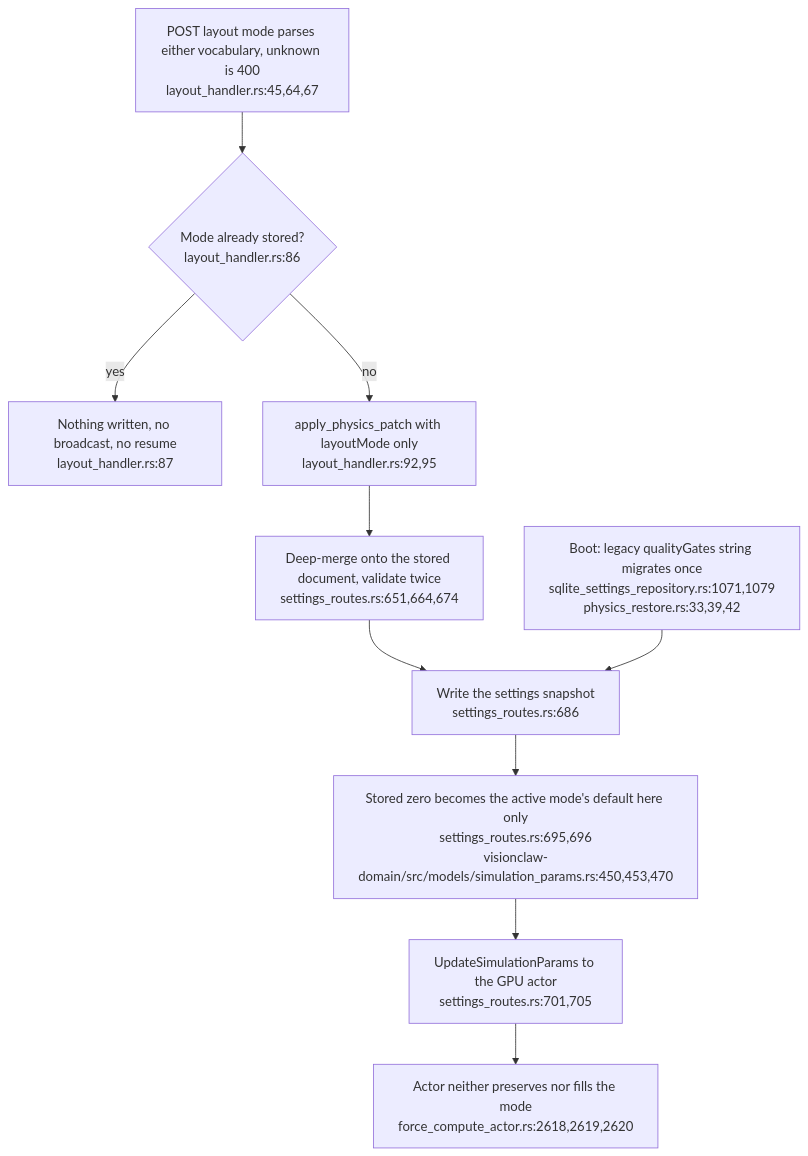
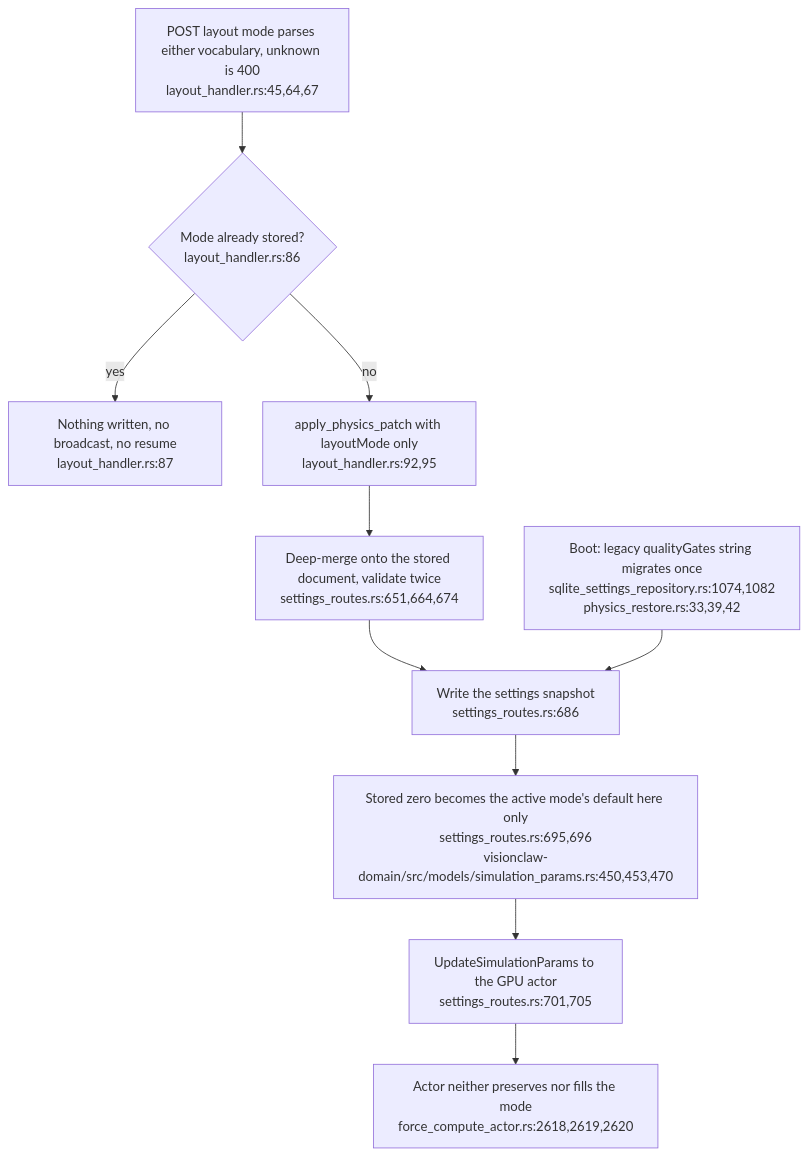
The first of 5 diagrams in docs/diagrams/visionclaw/54-layout-mode-step-cadence-and-settle.md (DreamLab-AI/VisionFlow), drawn with Mermaid before and after one commit. The commit also changed other lines of this file and 154 other files, not shown here.

First line of the commit message:
docs(diagrams): re-stamp 154 topics whose every citation still reads the same text at the current heads

````diff
--- a/docs/diagrams/visionclaw/54-layout-mode-step-cadence-and-settle.md
+++ b/docs/diagrams/visionclaw/54-layout-mode-step-cadence-and-settle.md
@@ -43,12 +43,12 @@
 ```mermaid
 flowchart TD
     POST["POST layout mode parses either vocabulary, unknown is 400<br/>layout_handler.rs:45,64,67"] --> SAME{"Mode already stored?<br/>layout_handler.rs:86"}
     SAME -->|yes| NOOP["Nothing written, no broadcast, no resume<br/>layout_handler.rs:87"]
     SAME -->|no| PATCH["apply_physics_patch with layoutMode only<br/>layout_handler.rs:92,95"]
     PATCH --> MERGE["Deep-merge onto the stored document, validate twice<br/>settings_routes.rs:651,664,674"]
     MERGE --> STORE["Write the settings snapshot<br/>settings_routes.rs:686"]
     STORE --> RESOLVE["Stored zero becomes the active mode's default here only<br/>settings_routes.rs:695,696<br/>visionclaw-domain/src/models/simulation_params.rs:450,453,470"]
     RESOLVE --> GPU["UpdateSimulationParams to the GPU actor<br/>settings_routes.rs:701,705"]
     GPU --> ACTOR["Actor neither preserves nor fills the mode<br/>force_compute_actor.rs:2618,2619,2620"]
-    BOOT["Boot: legacy qualityGates string migrates once<br/>sqlite_settings_repository.rs:1071,1079<br/>physics_restore.rs:33,39,42"] --> STORE
+    BOOT["Boot: legacy qualityGates string migrates once<br/>sqlite_settings_repository.rs:1074,1082<br/>physics_restore.rs:33,39,42"] --> STORE
 ```
````
